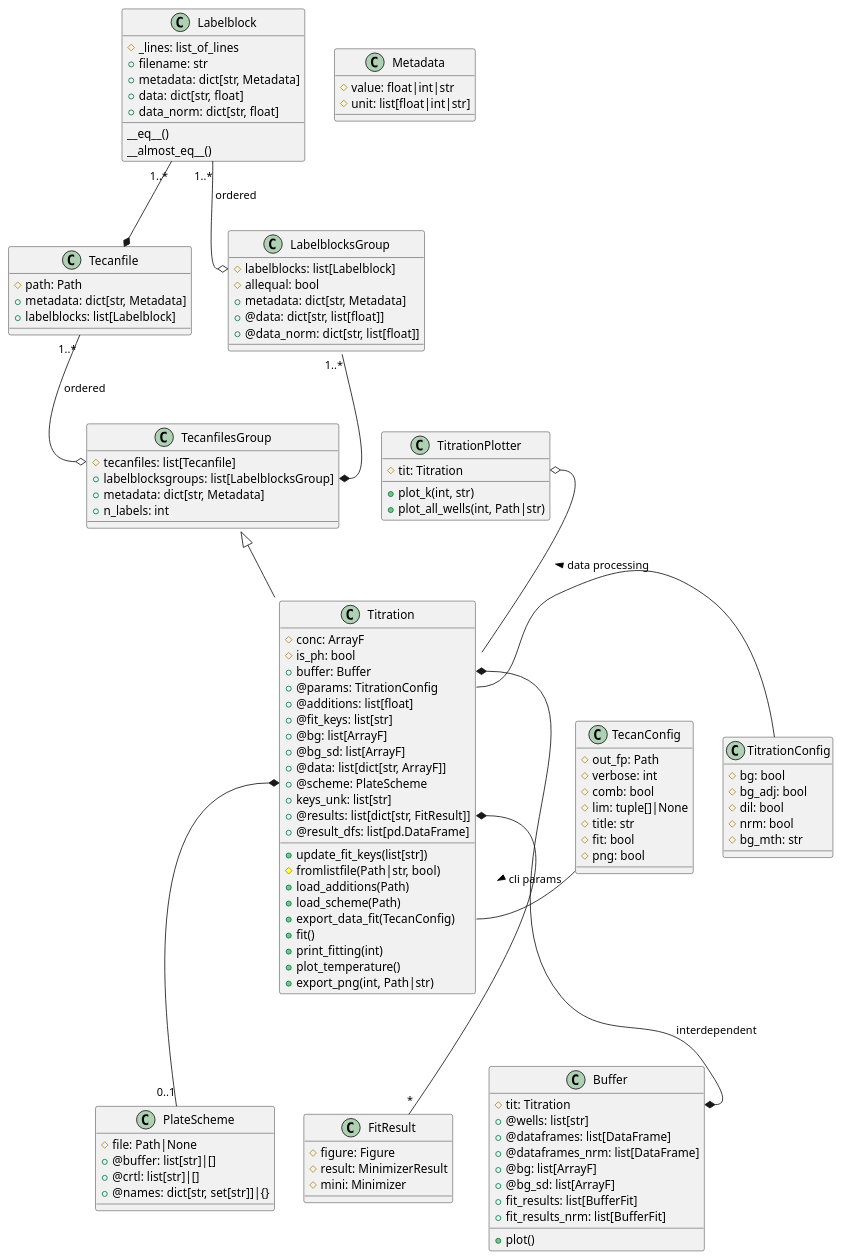
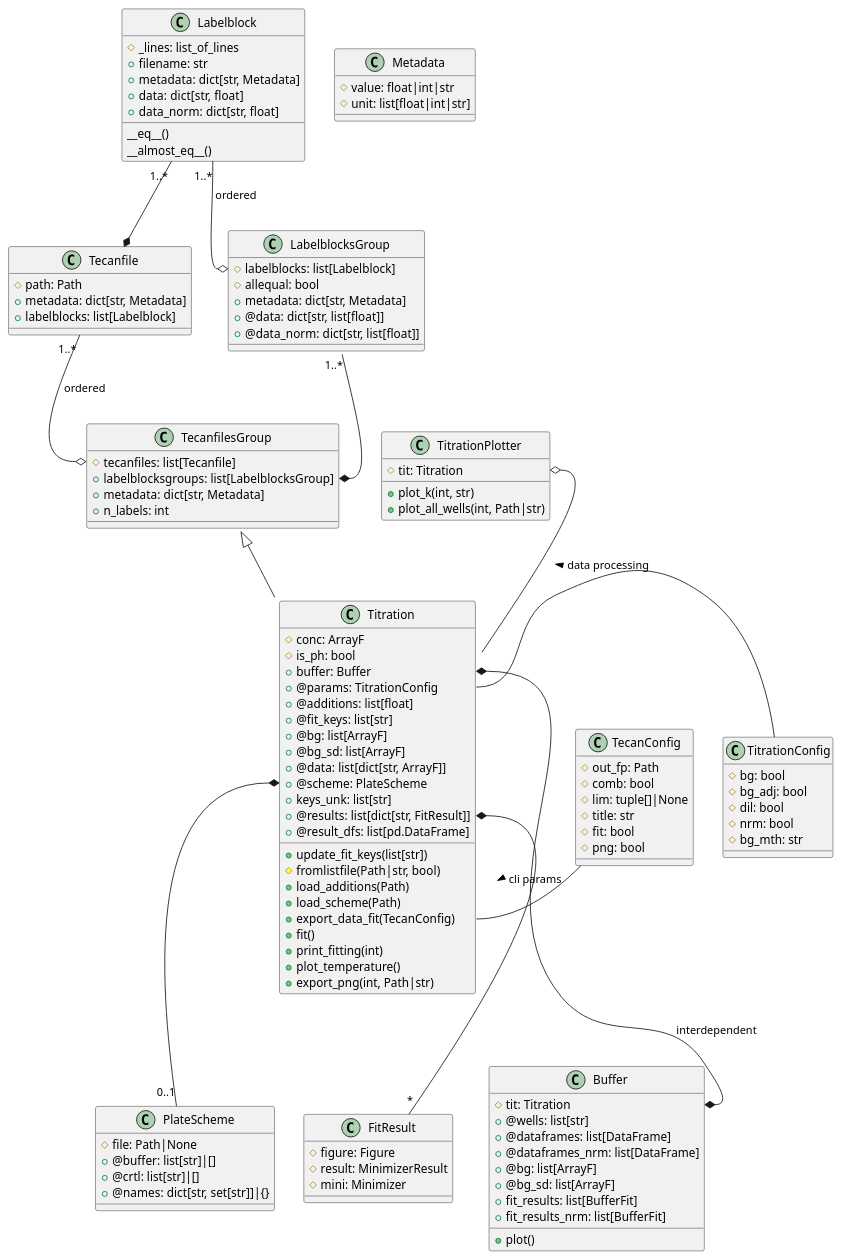
One commit to darosio/ClopHfit changed the diagram in docs/references/prtecan.uml.rst. Above: the diagram before and after it, drawn with PlantUML. The commit also changed 3 other files, not shown here.

```diff
--- a/docs/references/prtecan.uml.rst
+++ b/docs/references/prtecan.uml.rst
@@ -61,7 +61,6 @@
 
    class TecanConfig{
      #out_fp: Path
-     #verbose: int
      #comb: bool
      #lim: tuple[]|None
      #title: str
```
